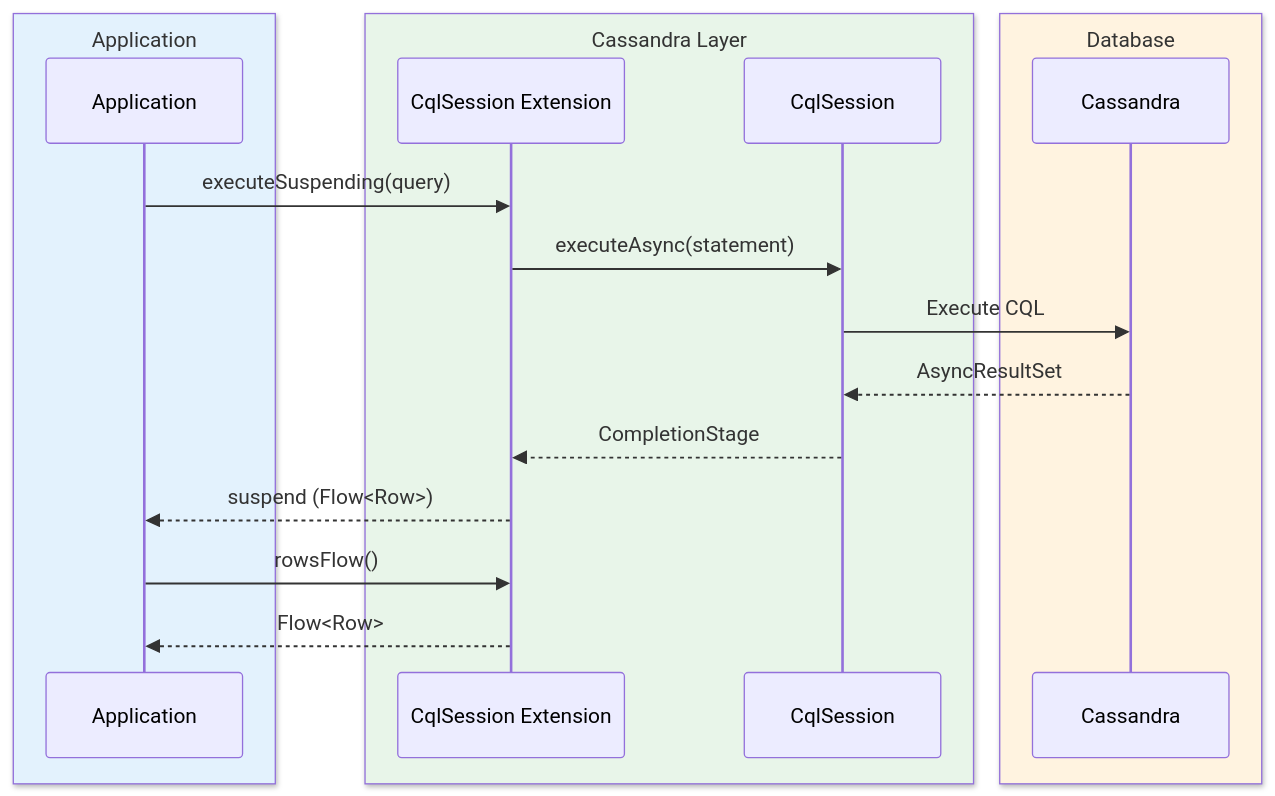
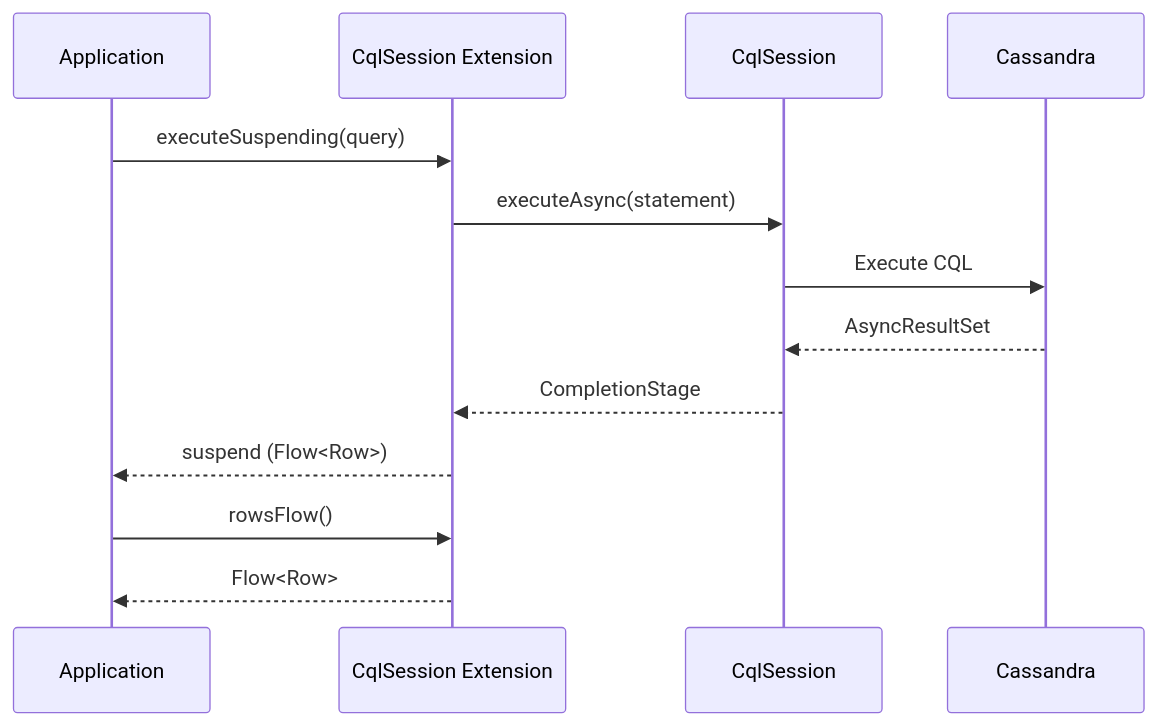
Before and after one commit to bluetape4k/bluetape4k-projects: the third of 3 diagrams in data/cassandra/README.md, drawn with Mermaid. The commit also changed other lines of this file and 219 other files, not shown here.

First line of the commit message:
docs: 전체 README Mermaid 다이어그램 가이드 적용

````diff
--- a/data/cassandra/README.md
+++ b/data/cassandra/README.md
@@ -429,22 +429,16 @@
 ```mermaid
 sequenceDiagram
-    box rgb(227, 242, 253) Application
         participant App as Application
-    end
-    box rgb(232, 245, 233) Cassandra Layer
         participant Ext as CqlSession Extension
         participant Session as CqlSession
-    end
-    box rgb(255, 243, 224) Database
         participant DB as Cassandra
-    end
 
     App->>Ext: executeSuspending(query)
     Ext->>Session: executeAsync(statement)
     Session->>DB: Execute CQL
     DB-->>Session: AsyncResultSet
     Session-->>Ext: CompletionStage
     Ext-->>App: suspend (Flow<Row>)
     App->>Ext: rowsFlow()
     Ext-->>App: Flow<Row>
 ```
````
